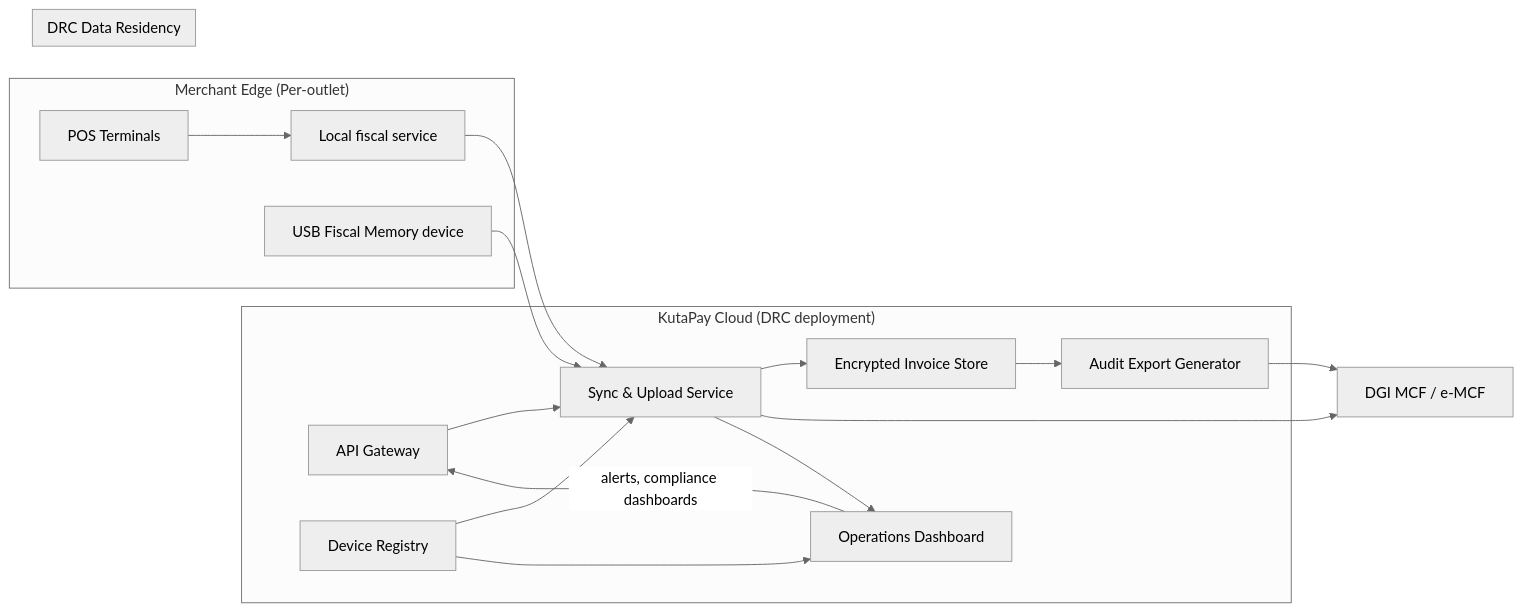
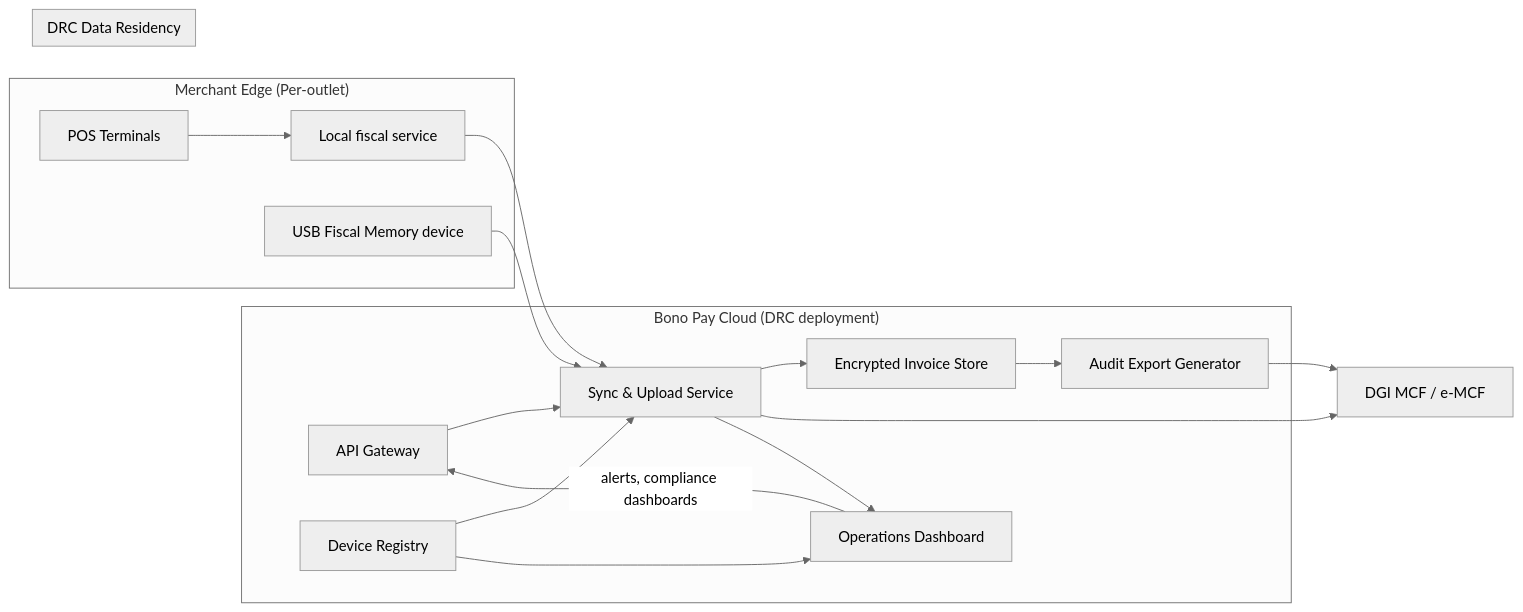
The diagram in design/docs/cloud/architecture.md (kupapay/docs), drawn with Mermaid (neutral theme) before and after one commit. The commit also changed other lines of this file and 21 other files, not shown here.

Commit message:
docs: rename product from KutaPay to Bono Pay across all docs and diagrams

````diff
--- a/design/docs/cloud/architecture.md
+++ b/design/docs/cloud/architecture.md
@@ -40,35 +40,35 @@
 ```mermaid
 graph LR
-    subgraph EDF["KutaPay Cloud (DRC deployment)"]
+    subgraph EDF["Bono Pay Cloud (DRC deployment)"]
         API["API Gateway"]
         Sync["Sync & Upload Service"]
         Registry["Device Registry"]
         Storage["Encrypted Invoice Store"]
         Dashboard["Operations Dashboard"]
         Audit["Audit Export Generator"]
     end
     subgraph Edge["Merchant Edge (Per-outlet)"]
         POS[POS Terminals]
         FiscalService[Local fiscal service]
         USB[USB Fiscal Memory device]
     end
     DGI["DGI MCF / e-MCF"]
     POS --> FiscalService
     FiscalService --> Sync
     USB --> Sync
     Sync --> Storage
     Sync --> DGI
     Registry --> Sync
     Sync --> Dashboard
     Registry --> Dashboard
     Storage --> Audit
     Audit --> DGI
     Dashboard -->|alerts, compliance dashboards| API
     API --> Sync
     subgraph Region["DRC Data Residency"]
         Storage
         Registry
         Dashboard
         Audit
     end
 ```
````
